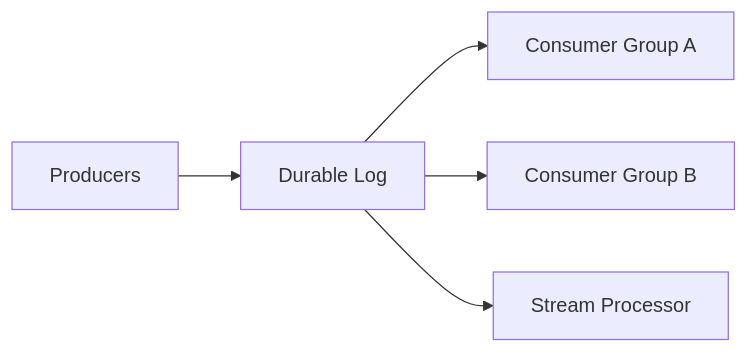
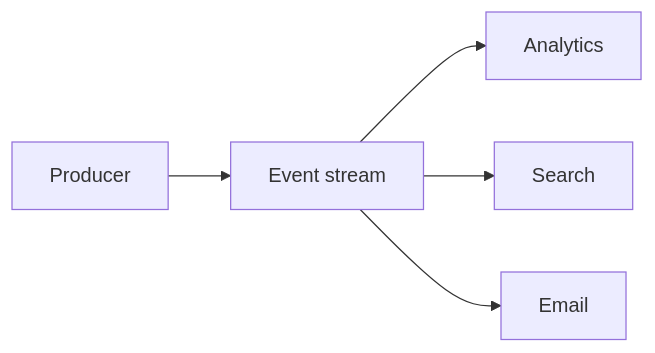
One commit to hareramcse/SystemDesign changed the fifth of 28 diagrams in 06-messaging-and-events/README.md. Above: the diagram before and after it, drawn with Mermaid. The commit also changed other lines of this file, not shown here.

````diff
--- a/06-messaging-and-events/README.md
+++ b/06-messaging-and-events/README.md
@@ -198,7 +680,7 @@
 ```mermaid
 flowchart LR
-    P[Producers] --> Log[Durable Log]
-    Log --> C1[Consumer Group A]
-    Log --> C2[Consumer Group B]
-    Log --> SP[Stream Processor]
+    P[Producer] --> S[Event stream]
+    S --> C1[Analytics]
+    S --> C2[Search]
+    S --> C3[Email]
 ```
````
